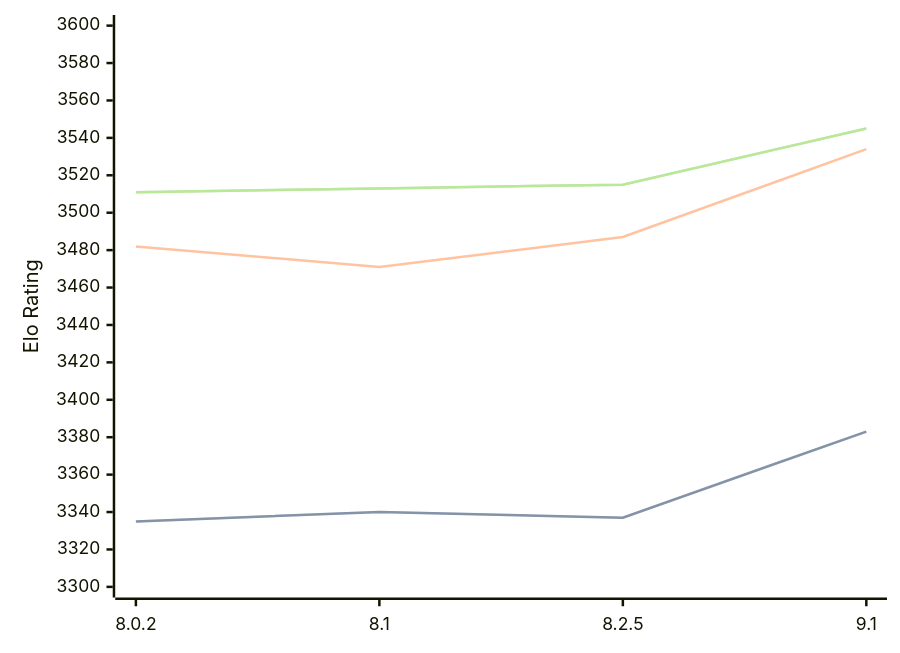
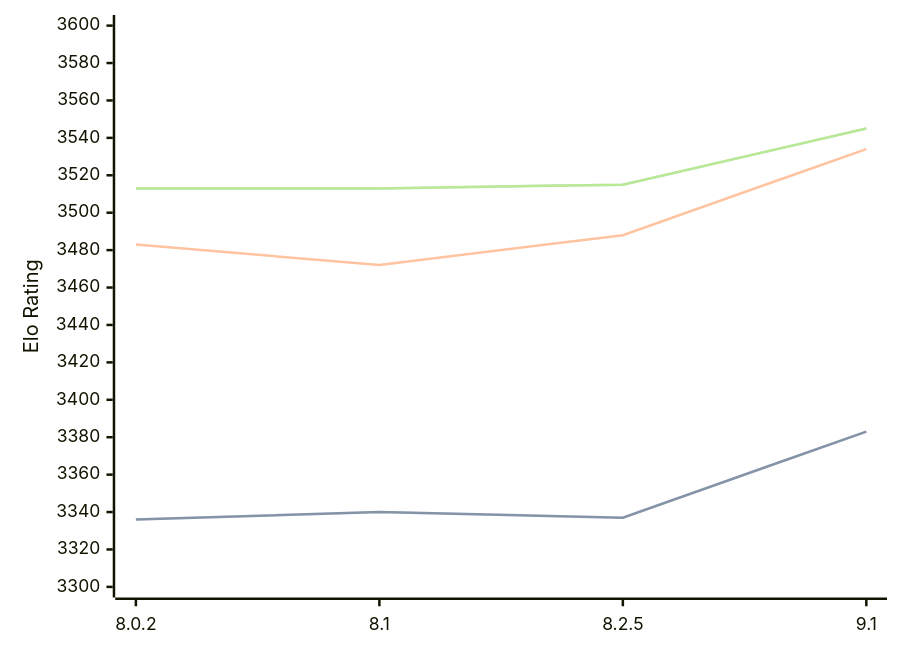
One commit to computer-chess-index/cci changed the diagram in engines/Clover.md. Above: the diagram before and after it, drawn with Mermaid. The commit also changed other lines of this file, not shown here.

Commit message:
Update CCI Ratings (ELO VLTC) - 2026-08-24

````diff
--- a/engines/Clover.md
+++ b/engines/Clover.md
@@ -35,11 +35,11 @@
 ```mermaid
 %%{init: {"theme":"base","themeVariables":{"seriesColors:['#a3a3a3','#222221','#faa371']}}}%%
 xychart-beta
   x-axis ["8.0.2", "8.1", "8.2.5", "9.1"]
   y-axis "Elo Rating" 3300 --> 3600
-  line "STC (8.0+0.08s)" [3335, 3340, 3337, 3383]
-  line "STC (8.0+0.08s)" [3335, 3340, 3337, 3383]
-  line "LTC (60.0+0.60s)" [3482, 3471, 3487, 3534]
-  line "VLTC (2m24s+1.12s)" [3511, 3513, 3515, 3545]
-  line "VLTC (2m24s+1.12s)" [3511, 3513, 3515, 3545]
+  line "STC (8.0+0.08s)" [3336, 3340, 3337, 3383]
+  line "STC (8.0+0.08s)" [3336, 3340, 3337, 3383]
+  line "LTC (60.0+0.60s)" [3483, 3472, 3488, 3534]
+  line "VLTC (2m24s+1.12s)" [3513, 3513, 3515, 3545]
+  line "VLTC (2m24s+1.12s)" [3513, 3513, 3515, 3545]
 ```
````
